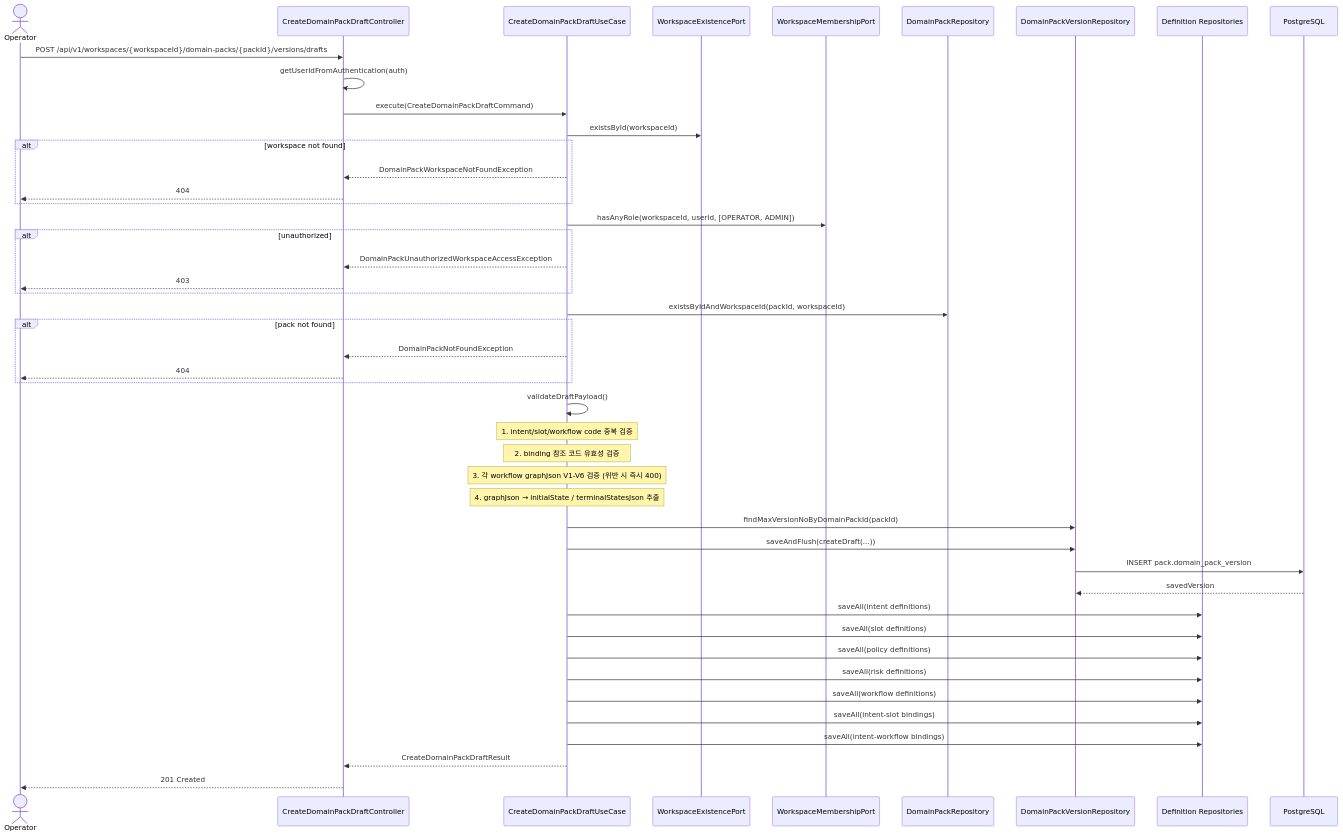
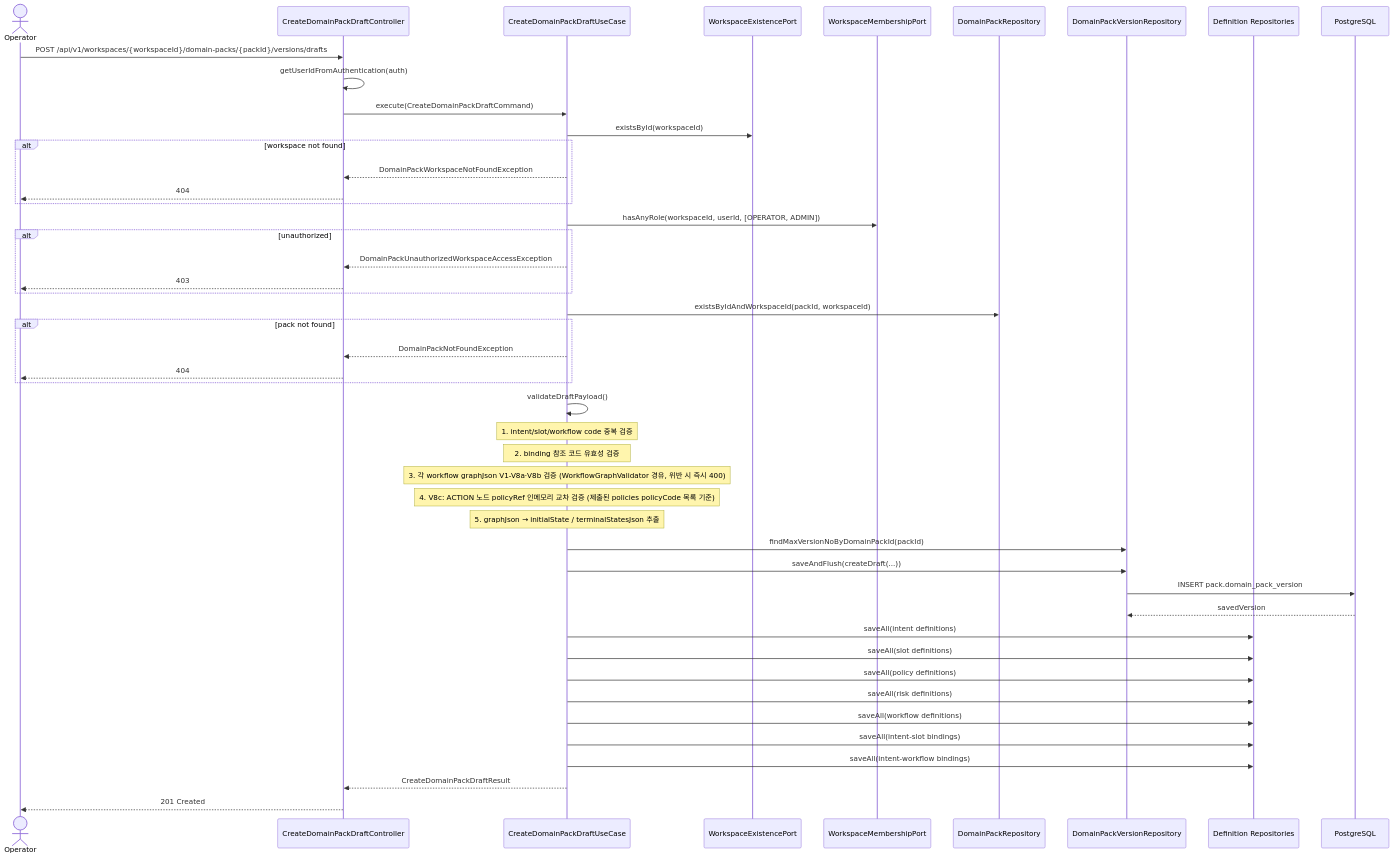
One commit to ajou-2026-1-capstone-5/ostone changed the first of 2 diagrams in .agent/specs/231.md. Above: the diagram before and after it, drawn with Mermaid. The commit also changed other lines of this file and 1 other file, not shown here.

````diff
--- a/.agent/specs/231.md
+++ b/.agent/specs/231.md
@@ -22,55 +22,56 @@
 ```mermaid
 sequenceDiagram
     actor op as Operator
     participant ctrl as CreateDomainPackDraftController
     participant uc as CreateDomainPackDraftUseCase
     participant wsPort as WorkspaceExistencePort
     participant memberPort as WorkspaceMembershipPort
     participant packRepo as DomainPackRepository
     participant versionRepo as DomainPackVersionRepository
     participant repo as Definition Repositories
     participant db as PostgreSQL
 
     op ->> ctrl: POST /api/v1/workspaces/{workspaceId}/domain-packs/{packId}/versions/drafts
     ctrl ->> ctrl: getUserIdFromAuthentication(auth)
     ctrl ->> uc: execute(CreateDomainPackDraftCommand)
 
     uc ->> wsPort: existsById(workspaceId)
     alt workspace not found
         uc -->> ctrl: DomainPackWorkspaceNotFoundException
         ctrl -->> op: 404
     end
 
     uc ->> memberPort: hasAnyRole(workspaceId, userId, [OPERATOR, ADMIN])
     alt unauthorized
         uc -->> ctrl: DomainPackUnauthorizedWorkspaceAccessException
         ctrl -->> op: 403
     end
 
     uc ->> packRepo: existsByIdAndWorkspaceId(packId, workspaceId)
     alt pack not found
         uc -->> ctrl: DomainPackNotFoundException
         ctrl -->> op: 404
     end
 
     uc ->> uc: validateDraftPayload()
     Note over uc: 1. intent/slot/workflow code 중복 검증
     Note over uc: 2. binding 참조 코드 유효성 검증
-    Note over uc: 3. 각 workflow graphJson V1-V6 검증 (위반 시 즉시 400)
-    Note over uc: 4. graphJson → initialState / terminalStatesJson 추출
+    Note over uc: 3. 각 workflow graphJson V1-V8a·V8b 검증 (WorkflowGraphValidator 경유, 위반 시 즉시 400)
+    Note over uc: 4. V8c: ACTION 노드 policyRef 인메모리 교차 검증 (제출된 policies policyCode 목록 기준)
+    Note over uc: 5. graphJson → initialState / terminalStatesJson 추출
     uc ->> versionRepo: findMaxVersionNoByDomainPackId(packId)
     uc ->> versionRepo: saveAndFlush(createDraft(...))
     versionRepo ->> db: INSERT pack.domain_pack_version
     db -->> versionRepo: savedVersion
 
     uc ->> repo: saveAll(intent definitions)
     uc ->> repo: saveAll(slot definitions)
     uc ->> repo: saveAll(policy definitions)
     uc ->> repo: saveAll(risk definitions)
     uc ->> repo: saveAll(workflow definitions)
     uc ->> repo: saveAll(intent-slot bindings)
     uc ->> repo: saveAll(intent-workflow bindings)
 
     uc -->> ctrl: CreateDomainPackDraftResult
     ctrl -->> op: 201 Created
 ```
````
